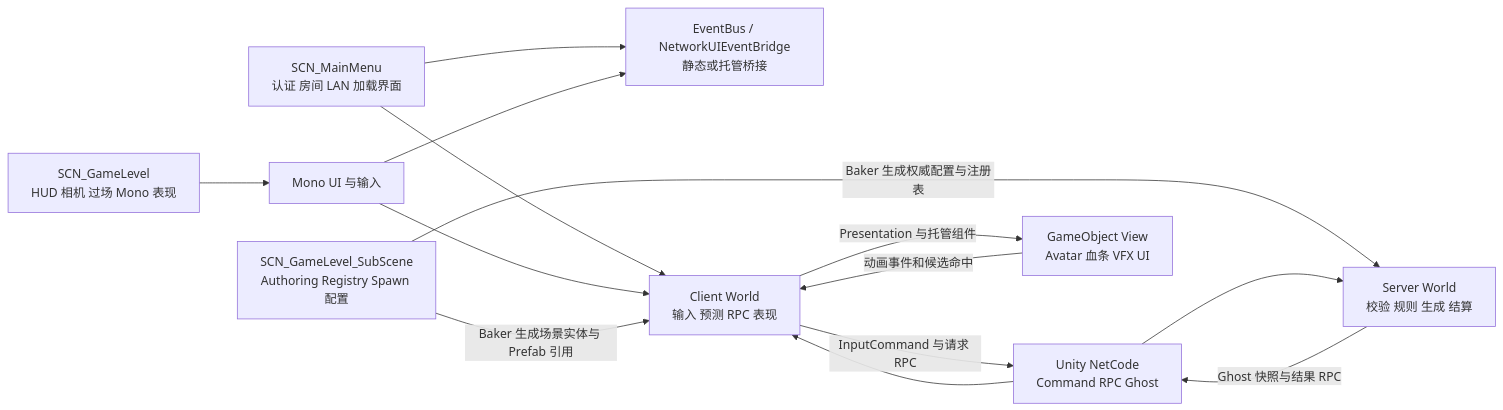
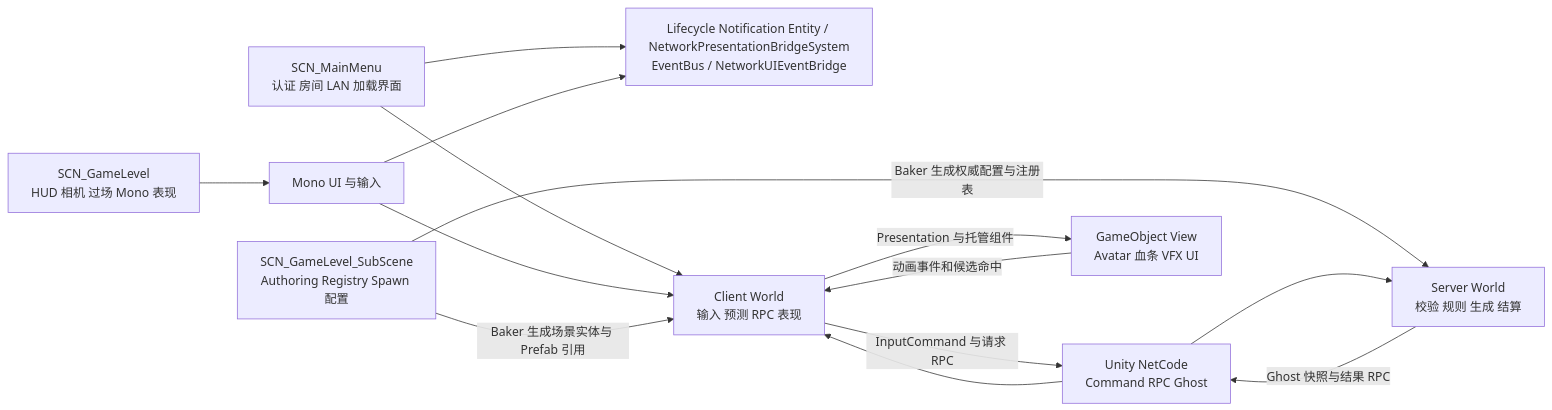
One commit to mcaswen/AnimarsCatcher changed the diagram in docs/Architecture/README.md. Above: the diagram before and after it, drawn with Mermaid. The commit also changed other lines of this file and 119 other files, not shown here.

````diff
--- a/docs/Architecture/README.md
+++ b/docs/Architecture/README.md
@@ -48,26 +49,26 @@
 ```mermaid
 flowchart LR
     Menu[SCN_MainMenu<br/>认证 房间 LAN 加载界面]
     Game[SCN_GameLevel<br/>HUD 相机 过场 Mono 表现]
     Sub[SCN_GameLevel_SubScene<br/>Authoring Registry Spawn 配置]
     UI[Mono UI 与输入]
-    Bridge[EventBus / NetworkUIEventBridge<br/>静态或托管桥接]
+    Bridge[Lifecycle Notification Entity / NetworkPresentationBridgeSystem<br/>EventBus / NetworkUIEventBridge]
     Client[Client World<br/>输入 预测 RPC 表现]
     Net[Unity NetCode<br/>Command RPC Ghost]
     Server[Server World<br/>校验 规则 生成 结算]
     View[GameObject View<br/>Avatar 血条 VFX UI]
 
     Menu --> Bridge
     Menu --> Client
     Game --> UI
     UI --> Bridge
     UI --> Client
     Sub -->|Baker 生成场景实体与 Prefab 引用| Client
     Sub -->|Baker 生成权威配置与注册表| Server
     Client -->|InputCommand 与请求 RPC| Net
     Net --> Server
     Server -->|Ghost 快照与结果 RPC| Net
     Net --> Client
     Client -->|Presentation 与托管组件| View
     View -->|动画事件和候选命中| Client
 ```
````
